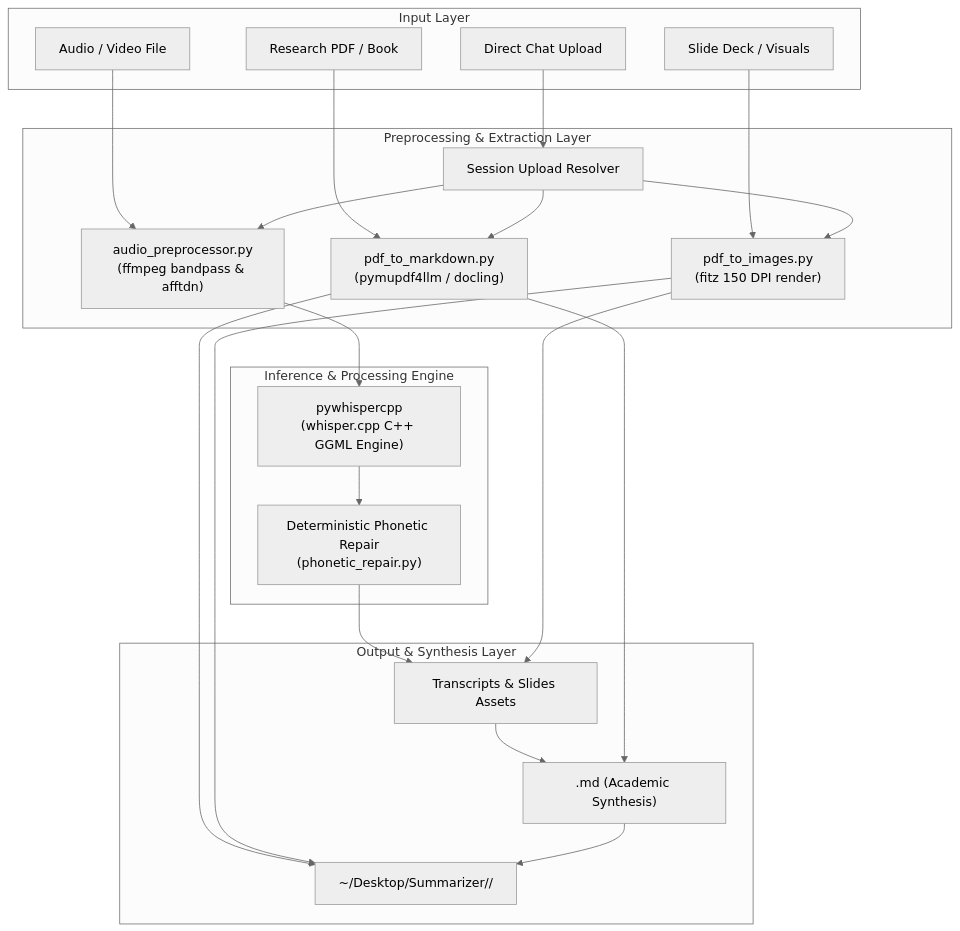
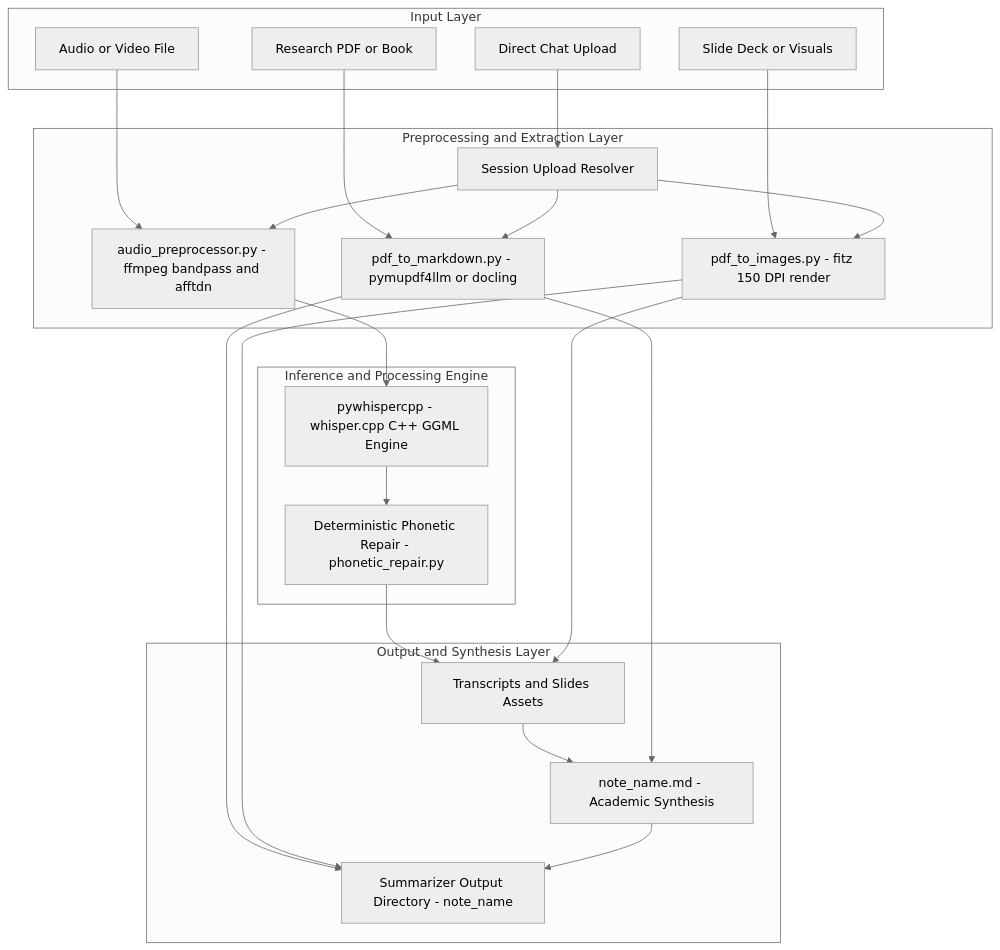
Before and after one commit to Fabbbbbbb99/Summarizer: the first of 4 diagrams in README.md, drawn with Mermaid (neutral theme). The commit also changed other lines of this file, not shown here.

Commit message:
fix(mermaid): sanitize edge and node labels across diagrams to fix GitHub parser error

````diff
--- a/README.md
+++ b/README.md
@@ -43,36 +43,44 @@
 ```mermaid
 graph TD
-    subgraph Input Layer
-        A1[Audio / Video File]
-        A2[Research PDF / Book]
-        A3[Slide Deck / Visuals]
-        A4[Direct Chat Upload]
+    subgraph InputLayer ["Input Layer"]
+        A1["Audio or Video File"]
+        A2["Research PDF or Book"]
+        A3["Slide Deck or Visuals"]
+        A4["Direct Chat Upload"]
     end
 
-    subgraph Preprocessing & Extraction Layer
-        B1["audio_preprocessor.py<br>(ffmpeg bandpass & afftdn)"]
-        B2["pdf_to_markdown.py<br>(pymupdf4llm / docling)"]
-        B3["pdf_to_images.py<br>(fitz 150 DPI render)"]
-        B4[Session Upload Resolver]
+    subgraph PreprocessingLayer ["Preprocessing and Extraction Layer"]
+        B1["audio_preprocessor.py - ffmpeg bandpass and afftdn"]
+        B2["pdf_to_markdown.py - pymupdf4llm or docling"]
+        B3["pdf_to_images.py - fitz 150 DPI render"]
+        B4["Session Upload Resolver"]
     end
 
-    subgraph Inference & Processing Engine
-        C1["pywhispercpp<br>(whisper.cpp C++ GGML Engine)"]
-        C2["Deterministic Phonetic Repair<br>(phonetic_repair.py)"]
+    subgraph InferenceEngine ["Inference and Processing Engine"]
+        C1["pywhispercpp - whisper.cpp C++ GGML Engine"]
+        C2["Deterministic Phonetic Repair - phonetic_repair.py"]
     end
 
-    subgraph Output & Synthesis Layer
-        D1["~/Desktop/Summarizer/<note_name>/"]
-        D2["<note_name>.md (Academic Synthesis)"]
-        D3["Transcripts & Slides Assets"]
+    subgraph OutputLayer ["Output and Synthesis Layer"]
+        D1["Summarizer Output Directory - note_name"]
+        D2["note_name.md - Academic Synthesis"]
+        D3["Transcripts and Slides Assets"]
     end
 
-    A1 --> B1 --> C1
-    A2 --> B2 --> D1
-    A3 --> B3 --> D1
-    A4 --> B4 --> B1 & B2 & B3
-    C1 --> C2 --> D3 --> D2
+    A1 --> B1
+    B1 --> C1
+    A2 --> B2
+    B2 --> D1
+    A3 --> B3
+    B3 --> D1
+    A4 --> B4
+    B4 --> B1
+    B4 --> B2
+    B4 --> B3
+    C1 --> C2
+    C2 --> D3
+    D3 --> D2
     B2 --> D2
     B3 --> D3
     D2 --> D1
 ```
````
